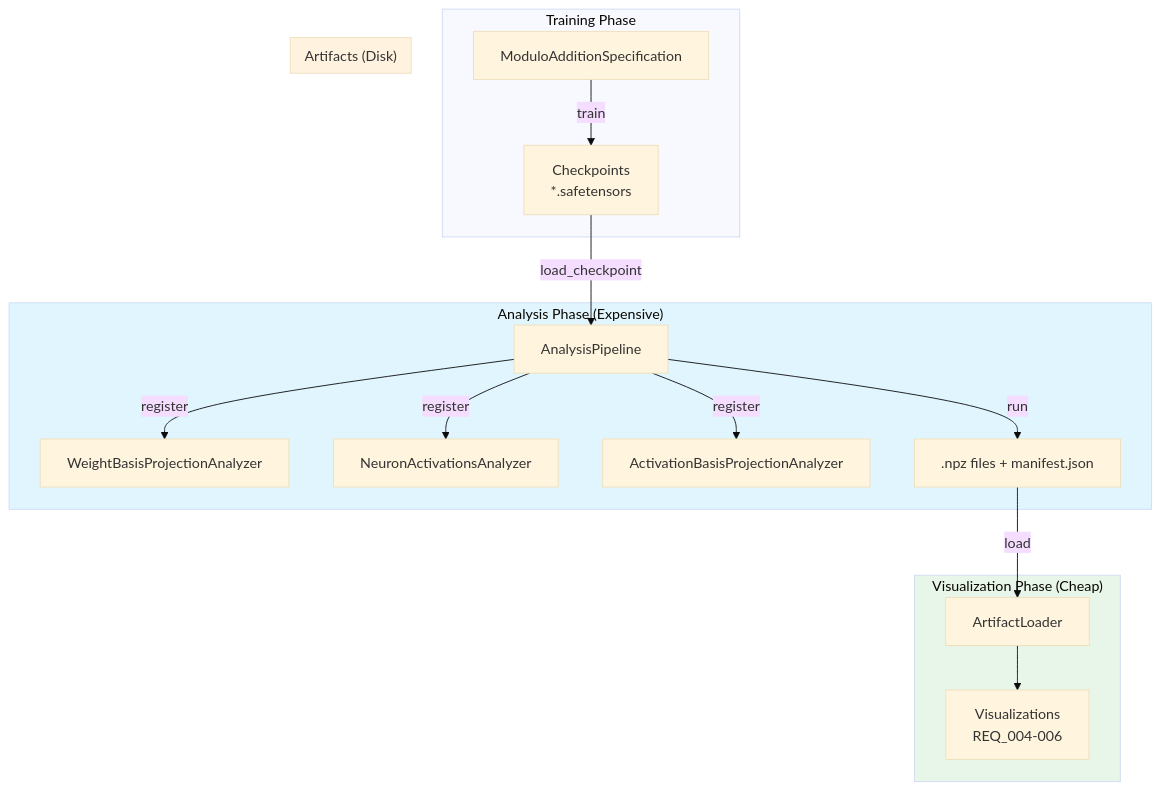
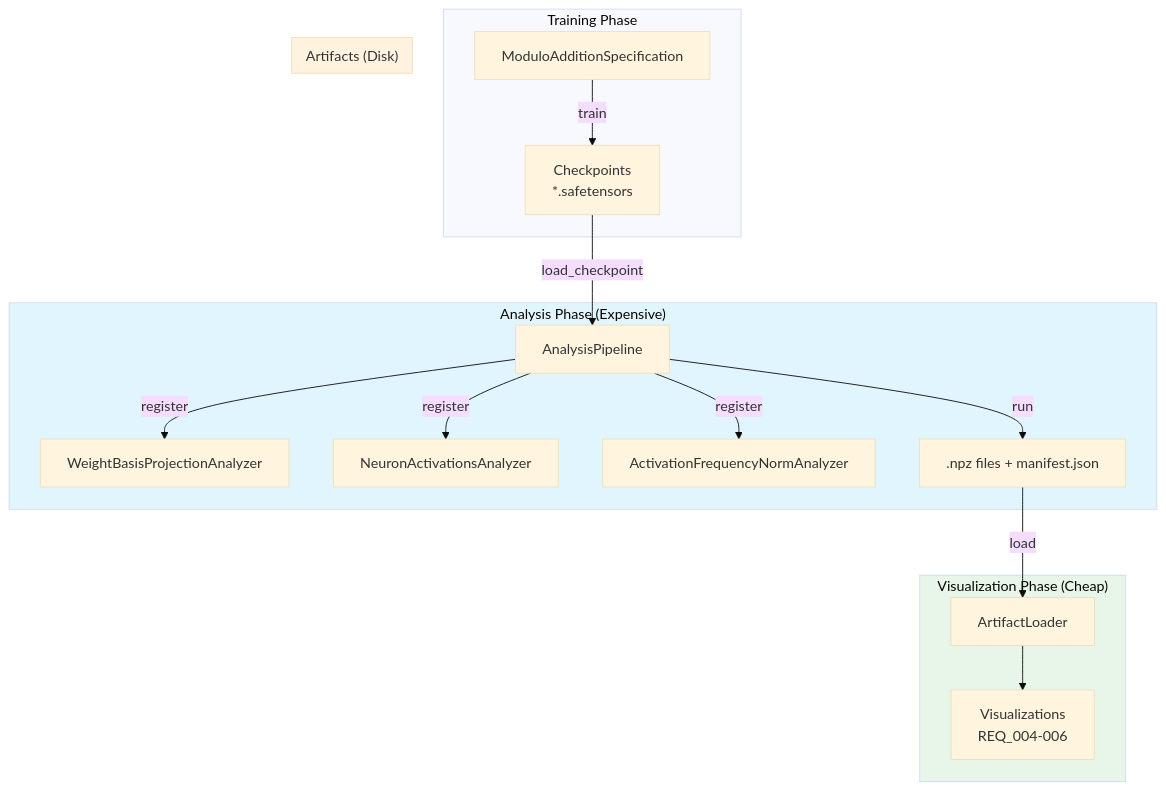
Before and after one commit to roaringsurfdev/miscope: the diagram in packages/miscope/src/miscope/analysis/README.md, drawn with Mermaid (base theme). The commit also changed other lines of this file and 31 other files, not shown here.

````diff
--- a/packages/miscope/src/miscope/analysis/README.md
+++ b/packages/miscope/src/miscope/analysis/README.md
@@ -7,38 +7,38 @@
 ```mermaid
 flowchart TB
     subgraph Training["Training Phase"]
         MS[ModuloAdditionSpecification]
         CP[Checkpoints<br/>*.safetensors]
         MS -->|train| CP
     end
 
     subgraph Analysis["Analysis Phase (Expensive)"]
         AP[AnalysisPipeline]
         AN1[WeightBasisProjectionAnalyzer]
         AN2[NeuronActivationsAnalyzer]
-        AN3[ActivationBasisProjectionAnalyzer]
+        AN3[ActivationFrequencyNormAnalyzer]
 
         AP -->|register| AN1
         AP -->|register| AN2
         AP -->|register| AN3
 
         CP -->|load_checkpoint| AP
         AP -->|run| ART
     end
 
     subgraph Artifacts["Artifacts (Disk)"]
         ART[".npz files + manifest.json"]
     end
 
     subgraph Visualization["Visualization Phase (Cheap)"]
         AL[ArtifactLoader]
         VIZ[Visualizations<br/>REQ_004-006]
 
         ART -->|load| AL
         AL --> VIZ
     end
 
     style Analysis fill:#e1f5fe
     style Artifacts fill:#fff3e0
     style Visualization fill:#e8f5e9
 ```
````
